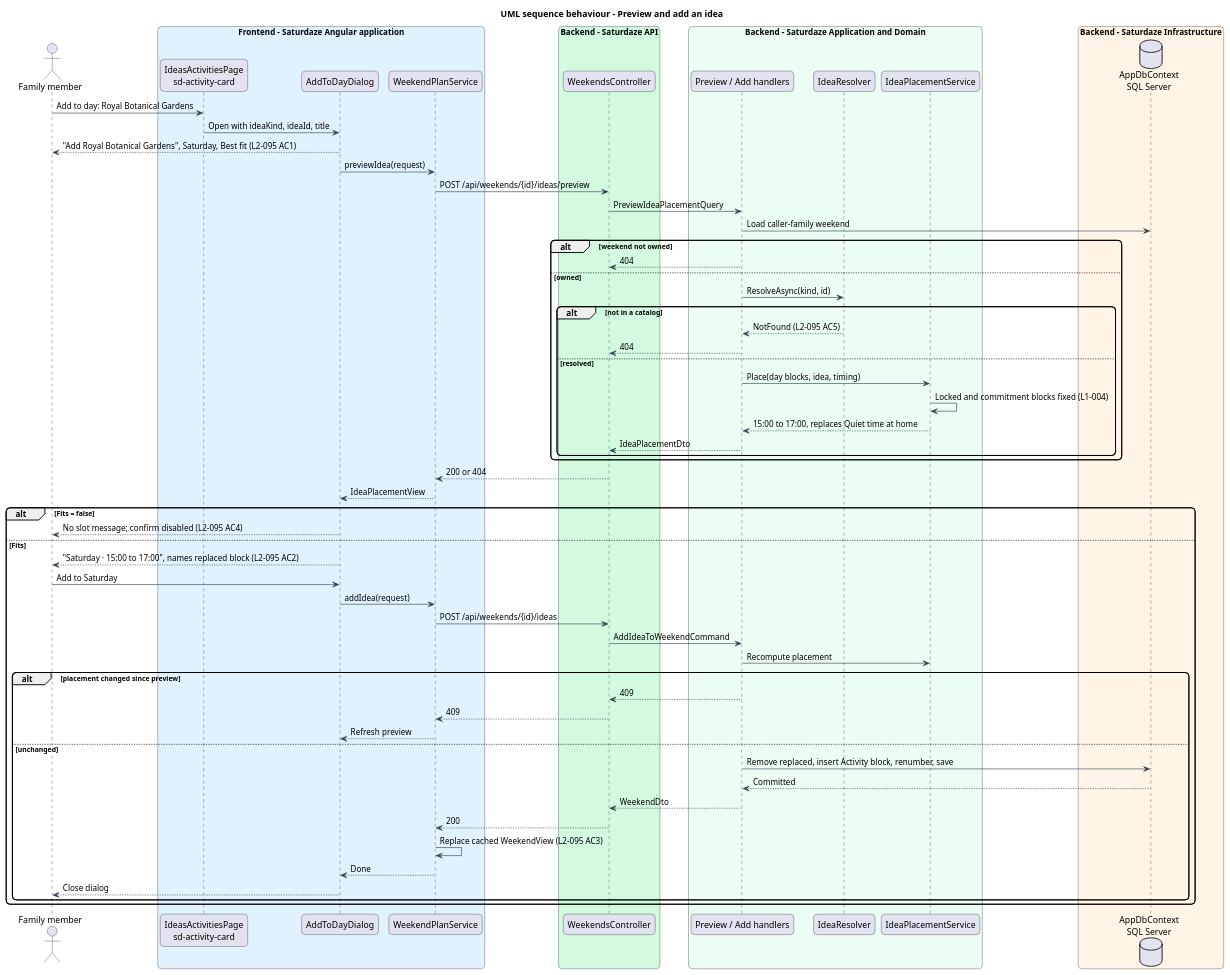
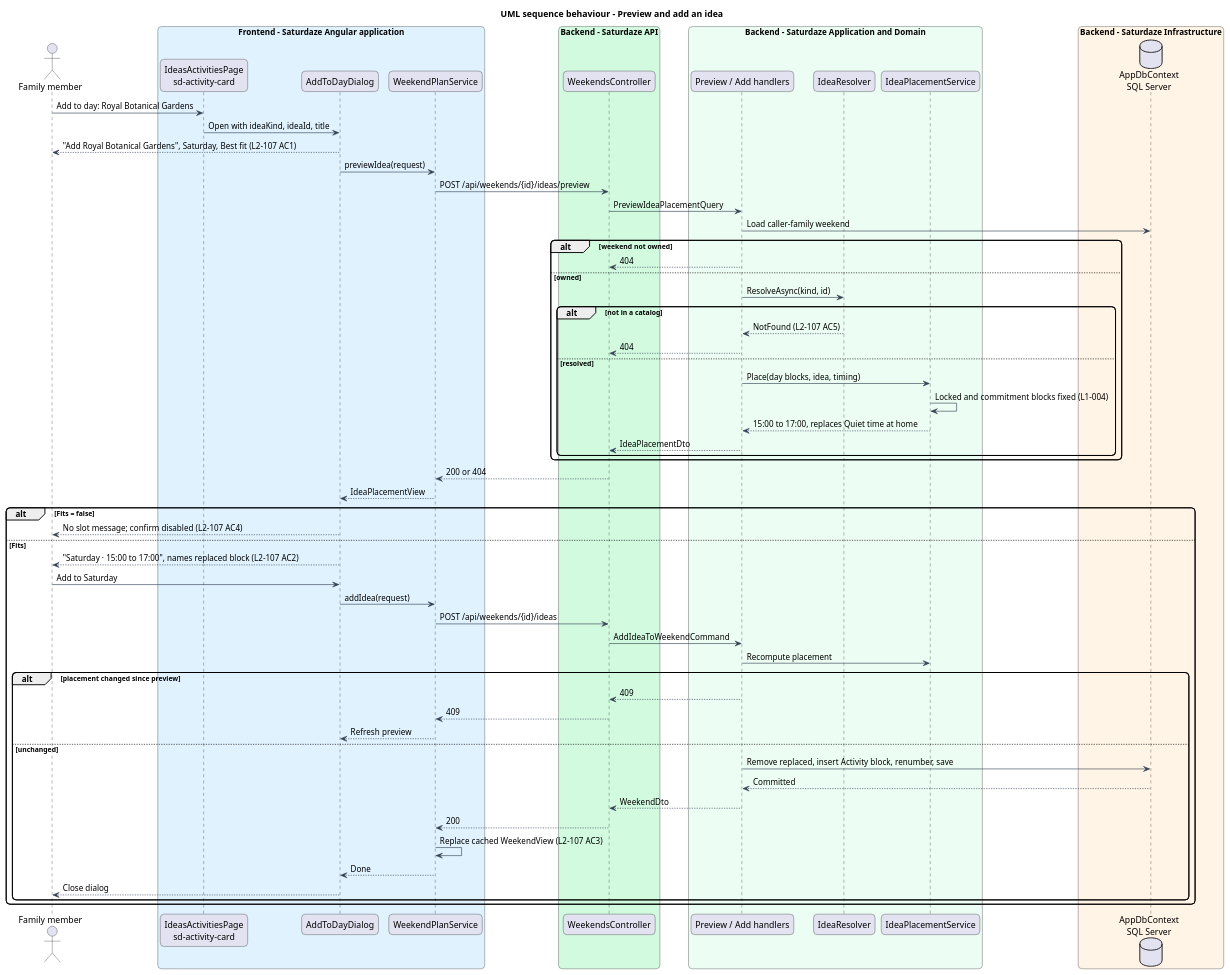
One commit to QuinntyneBrown/saturdaze changed the diagram in docs/detailed-designs/discovery/add-idea-to-day/diagrams/sequence-add-idea.puml. Above: the diagram before and after it, drawn with PlantUML. The commit also changed 164 other files, not shown here.

```diff
--- a/docs/detailed-designs/discovery/add-idea-to-day/diagrams/sequence-add-idea.puml
+++ b/docs/detailed-designs/discovery/add-idea-to-day/diagrams/sequence-add-idea.puml
@@ -1,71 +1,71 @@
 @startuml
 title UML sequence behaviour - Preview and add an idea
 skinparam backgroundColor #FFFFFF
 skinparam shadowing false
 skinparam roundcorner 12
 skinparam defaultFontName Arial
 skinparam ArrowColor #344054
 actor "Family member" as actor
 box "Frontend - Saturdaze Angular application" #E0F2FE
  participant "IdeasActivitiesPage\nsd-activity-card" as page
  participant "AddToDayDialog" as dialog
  participant "WeekendPlanService" as client
 end box
 box "Backend - Saturdaze API" #D1FADF
  participant "WeekendsController" as controller
 end box
 box "Backend - Saturdaze Application and Domain" #ECFDF3
  participant "Preview / Add handlers" as handler
  participant "IdeaResolver" as resolver
  participant "IdeaPlacementService" as placer
 end box
 box "Backend - Saturdaze Infrastructure" #FFF4E5
  database "AppDbContext\nSQL Server" as db
 end box
 actor -> page : Add to day: Royal Botanical Gardens
 page -> dialog : Open with ideaKind, ideaId, title
-dialog --> actor : "Add Royal Botanical Gardens", Saturday, Best fit (L2-095 AC1)
+dialog --> actor : "Add Royal Botanical Gardens", Saturday, Best fit (L2-107 AC1)
 dialog -> client : previewIdea(request)
 client -> controller : POST /api/weekends/{id}/ideas/preview
 controller -> handler : PreviewIdeaPlacementQuery
 handler -> db : Load caller-family weekend
 alt weekend not owned
  handler --> controller : 404
 else owned
  handler -> resolver : ResolveAsync(kind, id)
  alt not in a catalog
-  resolver --> handler : NotFound (L2-095 AC5)
+  resolver --> handler : NotFound (L2-107 AC5)
   handler --> controller : 404
  else resolved
   handler -> placer : Place(day blocks, idea, timing)
   placer -> placer : Locked and commitment blocks fixed (L1-004)
   placer --> handler : 15:00 to 17:00, replaces Quiet time at home
   handler --> controller : IdeaPlacementDto
  end
 end
 controller --> client : 200 or 404
 client --> dialog : IdeaPlacementView
 alt Fits = false
- dialog --> actor : No slot message; confirm disabled (L2-095 AC4)
+ dialog --> actor : No slot message; confirm disabled (L2-107 AC4)
 else Fits
- dialog --> actor : "Saturday · 15:00 to 17:00", names replaced block (L2-095 AC2)
+ dialog --> actor : "Saturday · 15:00 to 17:00", names replaced block (L2-107 AC2)
  actor -> dialog : Add to Saturday
  dialog -> client : addIdea(request)
  client -> controller : POST /api/weekends/{id}/ideas
  controller -> handler : AddIdeaToWeekendCommand
  handler -> placer : Recompute placement
  alt placement changed since preview
   handler --> controller : 409
   controller --> client : 409
   client --> dialog : Refresh preview
  else unchanged
   handler -> db : Remove replaced, insert Activity block, renumber, save
   db --> handler : Committed
   handler --> controller : WeekendDto
   controller --> client : 200
-  client -> client : Replace cached WeekendView (L2-095 AC3)
+  client -> client : Replace cached WeekendView (L2-107 AC3)
   client --> dialog : Done
   dialog --> actor : Close dialog
  end
 end
 @enduml
```
